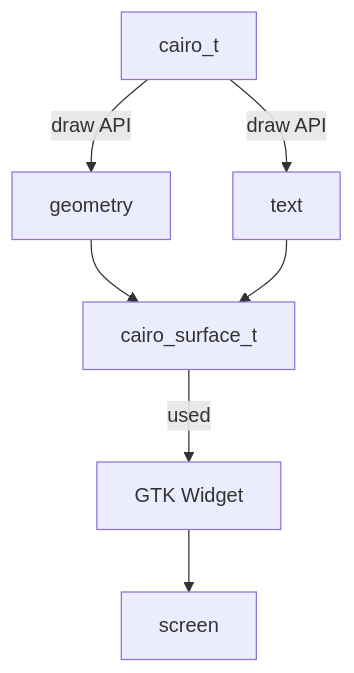
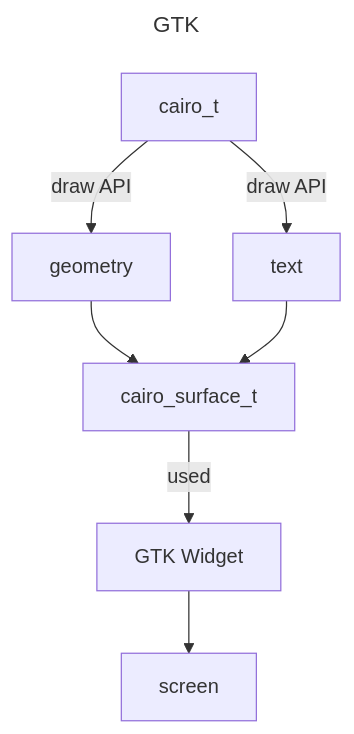
The third of 7 diagrams in doc/qtport.md (w0lek/ezgl), drawn with Mermaid before and after one commit. The commit also changed other lines of this file, not shown here.

````diff
--- a/doc/qtport.md
+++ b/doc/qtport.md
@@ -150,16 +196,19 @@
 ```mermaid
+---
+title: GTK
+---
 flowchart TD
   cairo_t
   text
   geometry
   cairo_surface_t
   widget[GTK Widget]
   
   cairo_t -->|draw API| geometry
   cairo_t -->|draw API| text
   geometry --> cairo_surface_t
   text --> cairo_surface_t
 
   cairo_surface_t -->|used| widget
   widget --> screen
  ```
````
